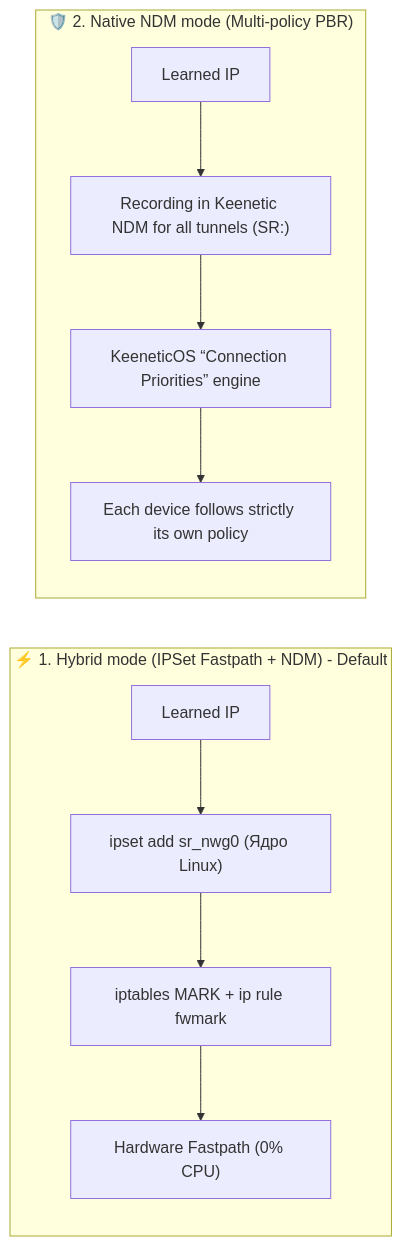
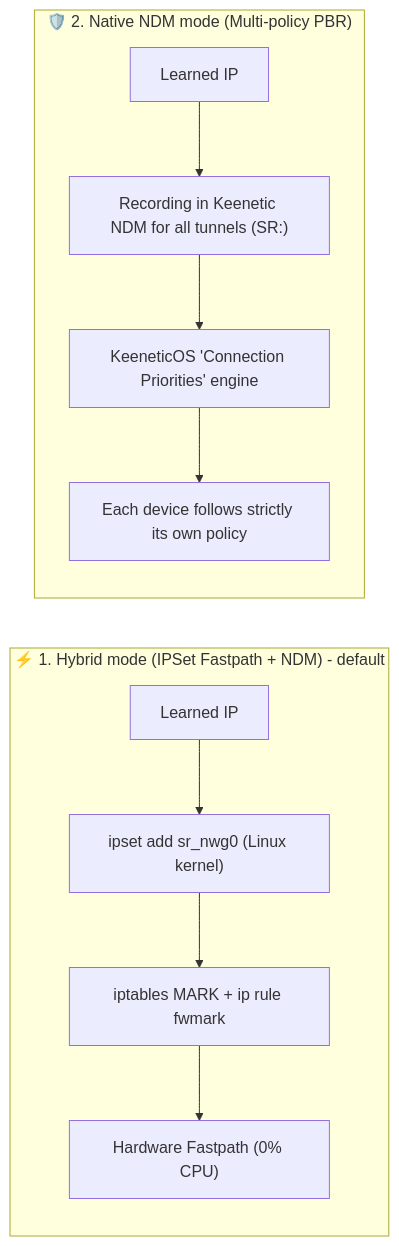
One commit to DFR11/Snakelair-Keenetic-Entware-OPKG-Repository changed the second of 3 diagrams in USER_GUIDE.md. Above: the diagram before and after it, drawn with Mermaid. The commit also changed other lines of this file and 1 other file, not shown here.

````diff
--- a/USER_GUIDE.md
+++ b/USER_GUIDE.md
@@ -64,14 +64,14 @@
 ```mermaid
 graph LR
-    subgraph Mode1 ["⚡ 1. Hybrid mode (IPSet Fastpath + NDM) - Default"]
-        A1["Learned IP"] --> B1["ipset add sr_nwg0 (Ядро Linux)"]
+    subgraph Mode1 ["⚡ 1. Hybrid mode (IPSet Fastpath + NDM) - default"]
+        A1["Learned IP"] --> B1["ipset add sr_nwg0 (Linux kernel)"]
         B1 --> C1["iptables MARK + ip rule fwmark"]
         C1 --> D1["Hardware Fastpath (0% CPU)"]
     end
 
     subgraph Mode2 ["🛡️ 2. Native NDM mode (Multi-policy PBR)"]
         A2["Learned IP"] --> B2["Recording in Keenetic NDM for all tunnels (SR:)"]
-        B2 --> C2["KeeneticOS “Connection Priorities” engine"]
+        B2 --> C2["KeeneticOS 'Connection Priorities' engine"]
         C2 --> D2["Each device follows strictly its own policy"]
     end
 ```
````
